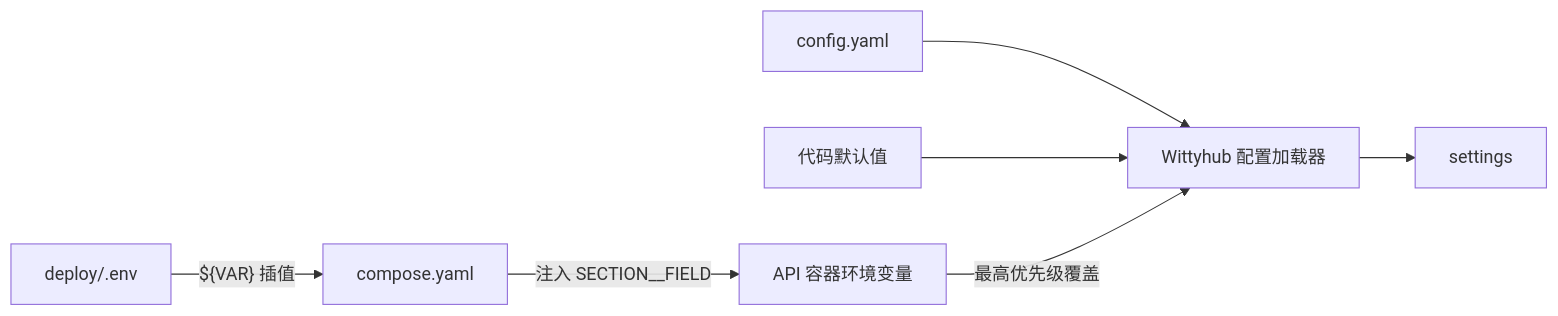
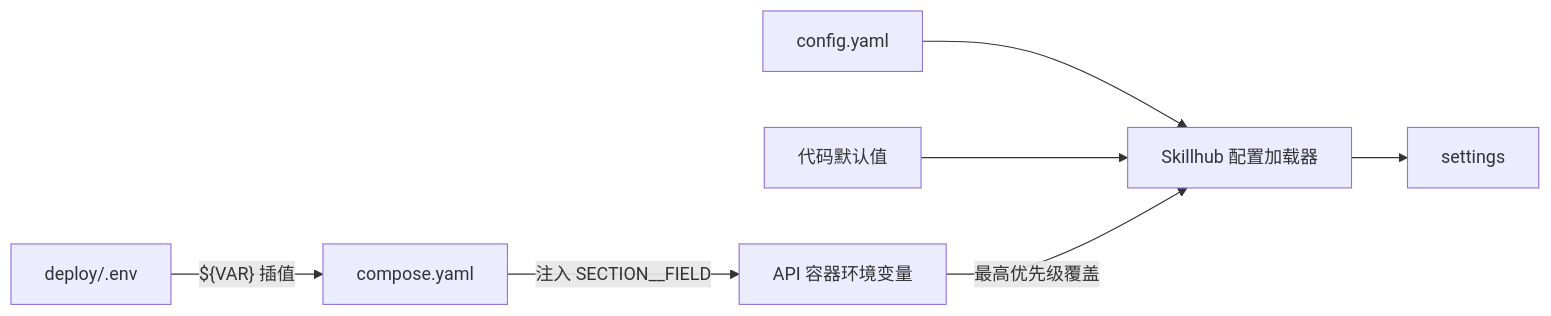
The second of 2 diagrams in README.md (openeuler-mirror/skillhub), drawn with Mermaid before and after one commit. The commit also changed other lines of this file and 6 other files, not shown here.

First line of the commit message:
chore: 统一 Skillhub 与 wittyhub 命名

````diff
--- a/README.md
+++ b/README.md
@@ -231,9 +231,9 @@
 ```mermaid
 flowchart LR
     ENV["deploy/.env"] -->|"${VAR} 插值"| COMPOSE["compose.yaml"]
     COMPOSE -->|"注入 SECTION__FIELD"| CONTAINER["API 容器环境变量"]
-    YAML["config.yaml"] --> LOADER["Wittyhub 配置加载器"]
+    YAML["config.yaml"] --> LOADER["Skillhub 配置加载器"]
     DEFAULTS["代码默认值"] --> LOADER
     CONTAINER -->|"最高优先级覆盖"| LOADER
     LOADER --> SETTINGS["settings"]
 ```
````
